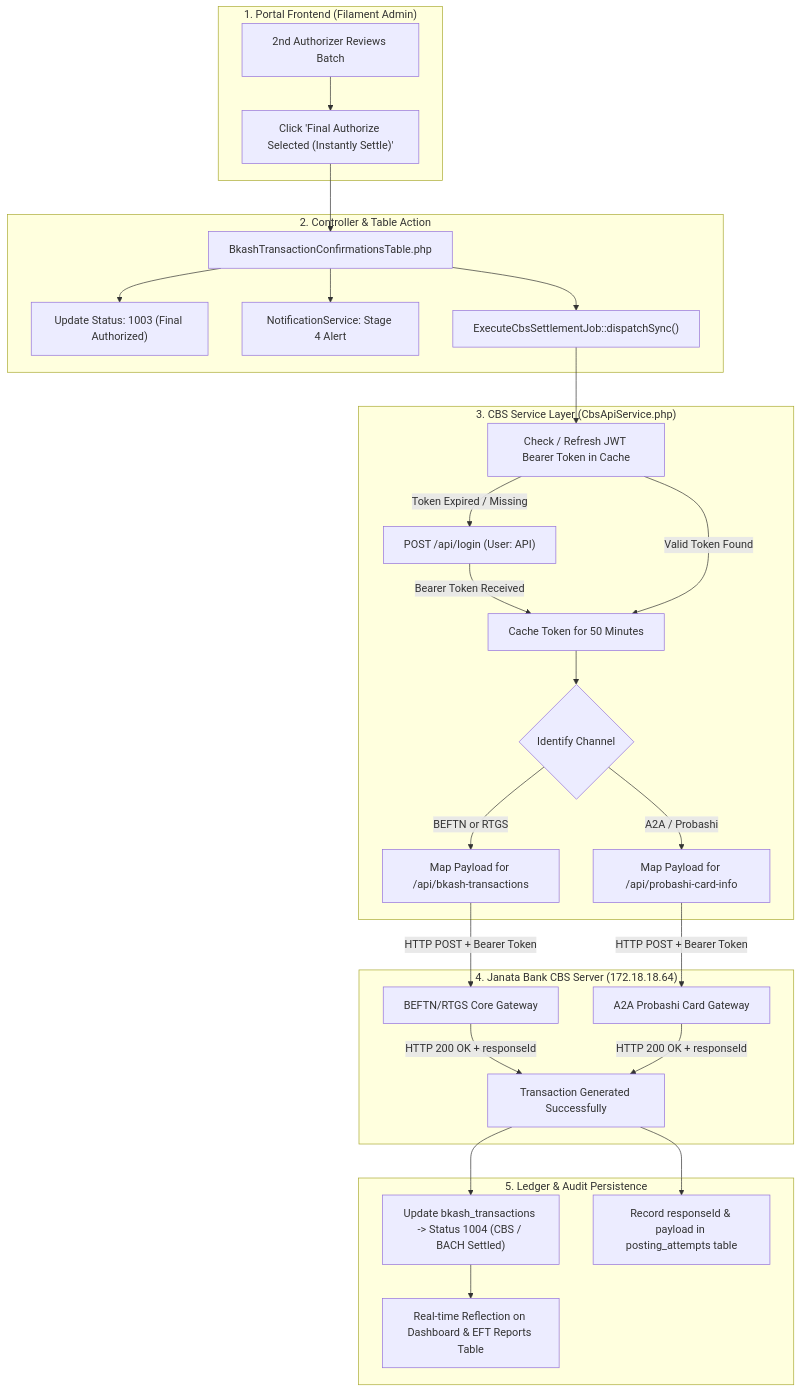
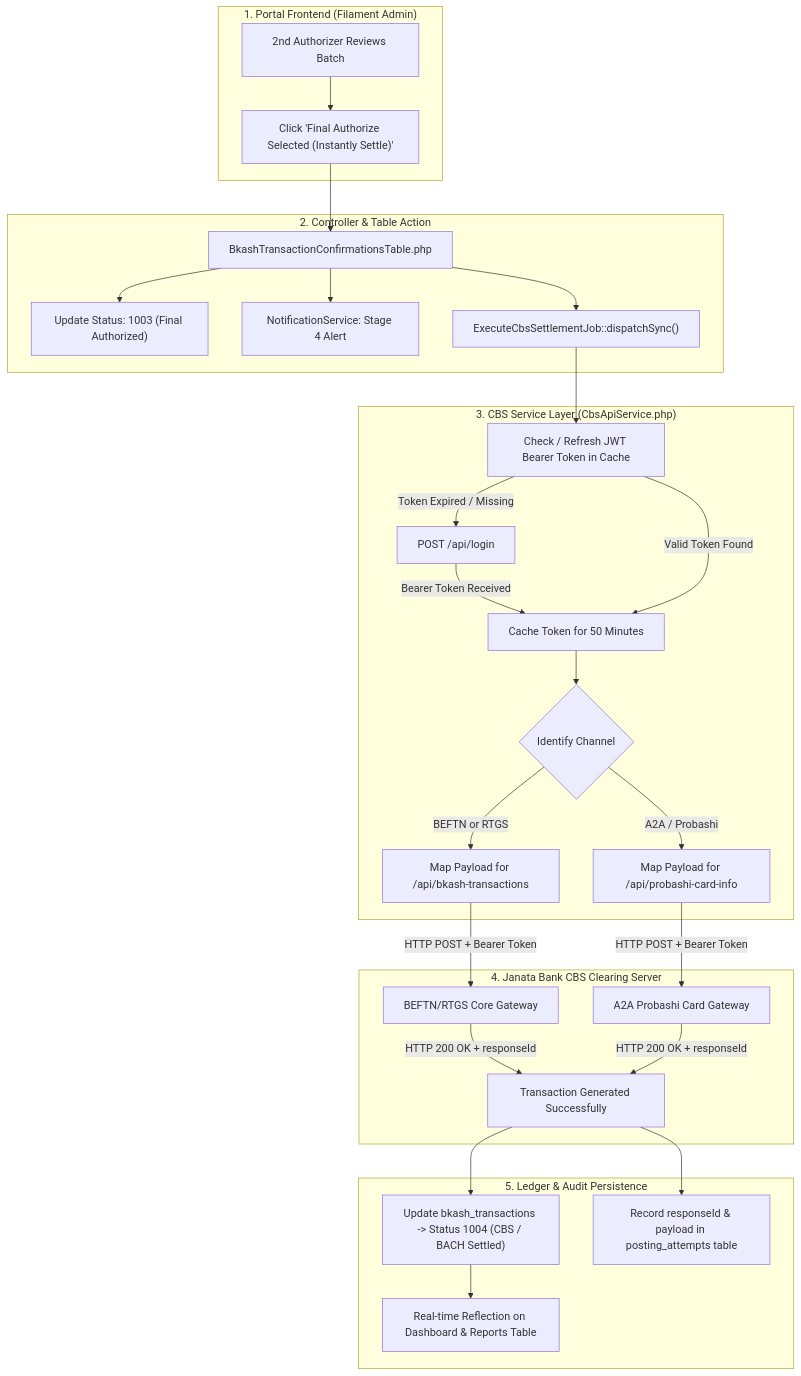
Before and after one commit to syedarifulislamemon2010/jb-corporate---bkash: the diagram in README.md, drawn with Mermaid. The commit also changed other lines of this file, not shown here.

````diff
--- a/README.md
+++ b/README.md
@@ -31,35 +31,35 @@
 ```mermaid
 flowchart TD
     subgraph UI ["1. Portal Frontend (Filament Admin)"]
         A["2nd Authorizer Reviews Batch"] --> B["Click 'Final Authorize Selected (Instantly Settle)'"]
     end
 
     subgraph Controller ["2. Controller & Table Action"]
         B --> C["BkashTransactionConfirmationsTable.php"]
         C --> D["Update Status: 1003 (Final Authorized)"]
         C --> E["NotificationService: Stage 4 Alert"]
         C --> F["ExecuteCbsSettlementJob::dispatchSync()"]
     end
 
     subgraph Service ["3. CBS Service Layer (CbsApiService.php)"]
         F --> G["Check / Refresh JWT Bearer Token in Cache"]
-        G -->|Token Expired / Missing| H["POST /api/login (User: API)"]
+        G -->|Token Expired / Missing| H["POST /api/login"]
         H -->|Bearer Token Received| I["Cache Token for 50 Minutes"]
         G -->|Valid Token Found| I
         I --> J{"Identify Channel"}
         J -->|BEFTN or RTGS| K["Map Payload for /api/bkash-transactions"]
         J -->|A2A / Probashi| L["Map Payload for /api/probashi-card-info"]
     end
 
-    subgraph BankServer ["4. Janata Bank CBS Server (172.18.18.64)"]
+    subgraph BankServer ["4. Janata Bank CBS Clearing Server"]
         K -->|HTTP POST + Bearer Token| M["BEFTN/RTGS Core Gateway"]
         L -->|HTTP POST + Bearer Token| N["A2A Probashi Card Gateway"]
         M & N -->|HTTP 200 OK + responseId| O["Transaction Generated Successfully"]
     end
 
     subgraph Database ["5. Ledger & Audit Persistence"]
         O --> P["Update bkash_transactions -> Status 1004 (CBS / BACH Settled)"]
         O --> Q["Record responseId & payload in posting_attempts table"]
-        P --> R["Real-time Reflection on Dashboard & EFT Reports Table"]
+        P --> R["Real-time Reflection on Dashboard & Reports Table"]
     end
 ```
````
